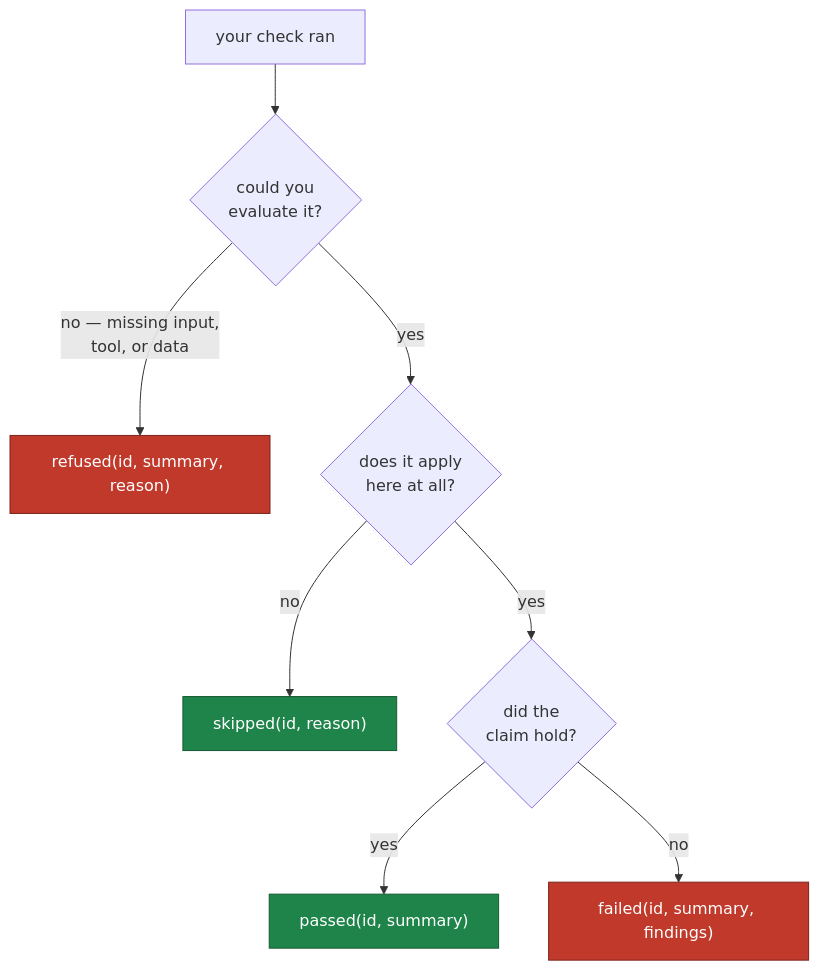
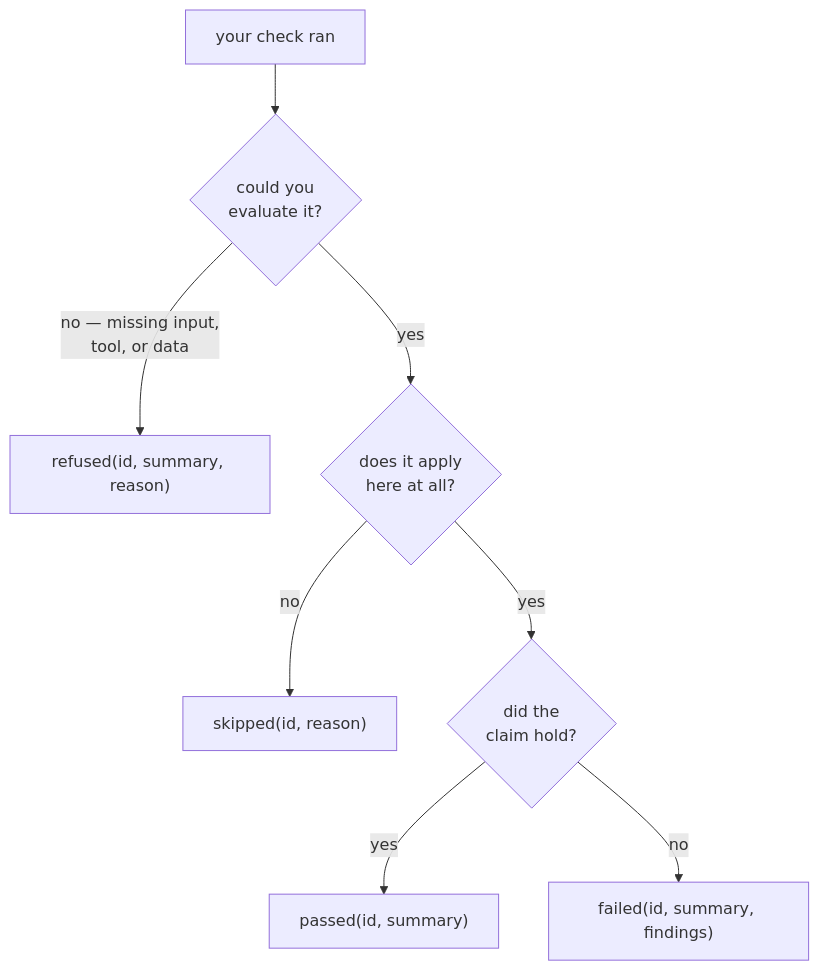
One commit to clintecker/celebrimbor changed the diagram in docs/guides/custom-checks.md. Above: the diagram before and after it, drawn with Mermaid. The commit also changed 12 other files, not shown here.

First line of the commit message:
docs: fix diagram rendering — drop hardcoded mermaid colors, real table headers

````diff
--- a/docs/guides/custom-checks.md
+++ b/docs/guides/custom-checks.md
@@ -153,14 +153,10 @@
 ```mermaid
 flowchart TD
     S["your check ran"] --> A{could you<br/>evaluate it?}
     A -->|"no — missing input,<br/>tool, or data"| REF["refused(id, summary, reason)"]
     A -->|yes| B{does it apply<br/>here at all?}
     B -->|"no"| SK["skipped(id, reason)"]
     B -->|yes| C{did the<br/>claim hold?}
     C -->|yes| P["passed(id, summary)"]
     C -->|no| F["failed(id, summary, findings)"]
-    classDef red fill:#c0392b,stroke:#7b241c,color:#fff
-    classDef green fill:#1e8449,stroke:#145a32,color:#fff
-    class REF,F red
-    class P,SK green
 ```
````
